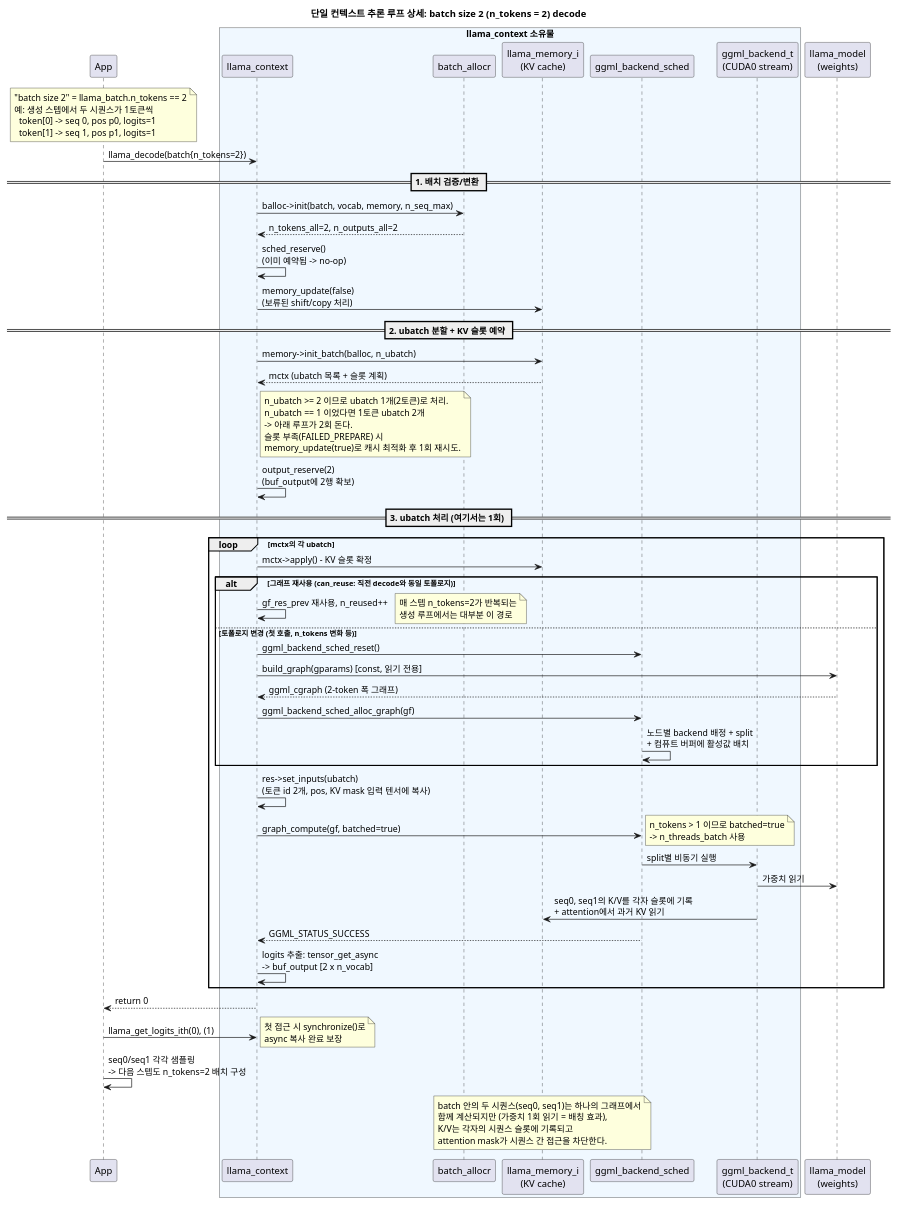
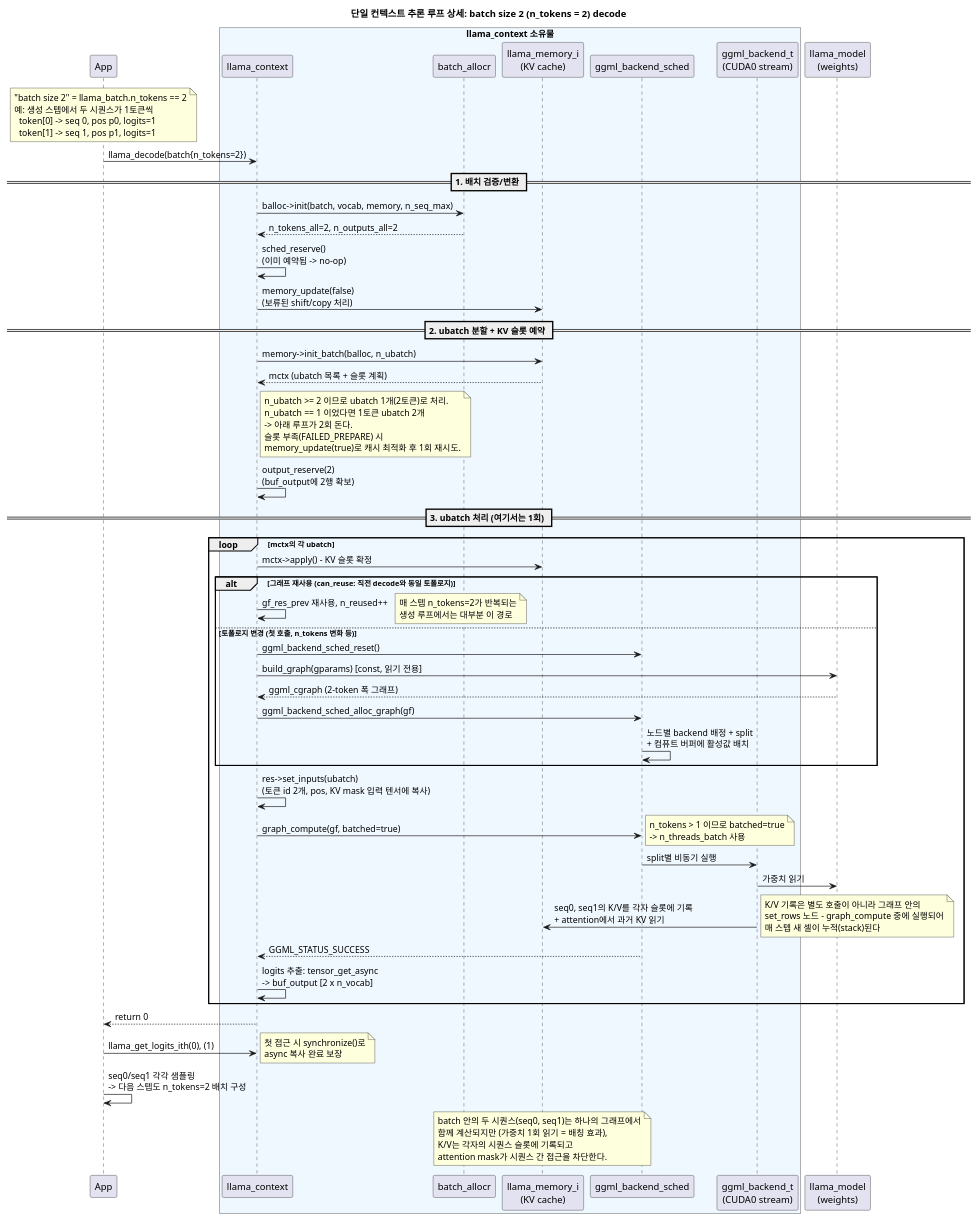
Before and after one commit to froginaz/llama.cpp: the diagram in docs/my_doc/13-sequence-decode-batch2-single-context.puml, drawn with PlantUML. The commit also changed 4 other files, not shown here.

Commit message:
[DOC] make per-step KV append explicit in decode diagrams

```diff
--- a/docs/my_doc/13-sequence-decode-batch2-single-context.puml
+++ b/docs/my_doc/13-sequence-decode-batch2-single-context.puml
@@ -1,75 +1,76 @@
 @startuml
 title 단일 컨텍스트 추론 루프 상세: batch size 2 (n_tokens = 2) decode
 
 participant App
 box "llama_context 소유물" #F0F8FF
   participant "llama_context" as C
   participant "batch_allocr" as BA
   participant "llama_memory_i\n(KV cache)" as KV
   participant "ggml_backend_sched" as S
   participant "ggml_backend_t\n(CUDA0 stream)" as B
 end box
 participant "llama_model\n(weights)" as M
 
 note over App
   "batch size 2" = llama_batch.n_tokens == 2
   예: 생성 스텝에서 두 시퀀스가 1토큰씩
     token[0] -> seq 0, pos p0, logits=1
     token[1] -> seq 1, pos p1, logits=1
 end note
 
 App -> C : llama_decode(batch{n_tokens=2})
 
 == 1. 배치 검증/변환 ==
 C -> BA : balloc->init(batch, vocab, memory, n_seq_max)
 BA --> C : n_tokens_all=2, n_outputs_all=2
 C -> C : sched_reserve()\n(이미 예약됨 -> no-op)
 C -> KV : memory_update(false)\n(보류된 shift/copy 처리)
 
 == 2. ubatch 분할 + KV 슬롯 예약 ==
 C -> KV : memory->init_batch(balloc, n_ubatch)
 KV --> C : mctx (ubatch 목록 + 슬롯 계획)
 note right of C
   n_ubatch >= 2 이므로 ubatch 1개(2토큰)로 처리.
   n_ubatch == 1 이었다면 1토큰 ubatch 2개
   -> 아래 루프가 2회 돈다.
   슬롯 부족(FAILED_PREPARE) 시
   memory_update(true)로 캐시 최적화 후 1회 재시도.
 end note
 C -> C : output_reserve(2)\n(buf_output에 2행 확보)
 
 == 3. ubatch 처리 (여기서는 1회) ==
 loop mctx의 각 ubatch
   C -> KV : mctx->apply() - KV 슬롯 확정
   alt 그래프 재사용 (can_reuse: 직전 decode와 동일 토폴로지)
     C -> C : gf_res_prev 재사용, n_reused++
     note right : 매 스텝 n_tokens=2가 반복되는\n생성 루프에서는 대부분 이 경로
   else 토폴로지 변경 (첫 호출, n_tokens 변화 등)
     C -> S : ggml_backend_sched_reset()
     C -> M : build_graph(gparams) [const, 읽기 전용]
     M --> C : ggml_cgraph (2-token 폭 그래프)
     C -> S : ggml_backend_sched_alloc_graph(gf)
     S -> S : 노드별 backend 배정 + split\n+ 컴퓨트 버퍼에 활성값 배치
   end
   C -> C : res->set_inputs(ubatch)\n(토큰 id 2개, pos, KV mask 입력 텐서에 복사)
   C -> S : graph_compute(gf, batched=true)
   note right : n_tokens > 1 이므로 batched=true\n-> n_threads_batch 사용
   S -> B : split별 비동기 실행
   B -> M : 가중치 읽기
   B -> KV : seq0, seq1의 K/V를 각자 슬롯에 기록\n+ attention에서 과거 KV 읽기
+  note right : K/V 기록은 별도 호출이 아니라 그래프 안의\nset_rows 노드 - graph_compute 중에 실행되어\n매 스텝 새 셀이 누적(stack)된다
   S --> C : GGML_STATUS_SUCCESS
   C -> C : logits 추출: tensor_get_async\n-> buf_output [2 x n_vocab]
 end
 
 C --> App : return 0
 App -> C : llama_get_logits_ith(0), (1)
 note right : 첫 접근 시 synchronize()로\nasync 복사 완료 보장
 App -> App : seq0/seq1 각각 샘플링\n-> 다음 스텝도 n_tokens=2 배치 구성
 
 note over KV
   batch 안의 두 시퀀스(seq0, seq1)는 하나의 그래프에서
   함께 계산되지만 (가중치 1회 읽기 = 배칭 효과),
   K/V는 각자의 시퀀스 슬롯에 기록되고
   attention mask가 시퀀스 간 접근을 차단한다.
 end note
 @enduml
```
